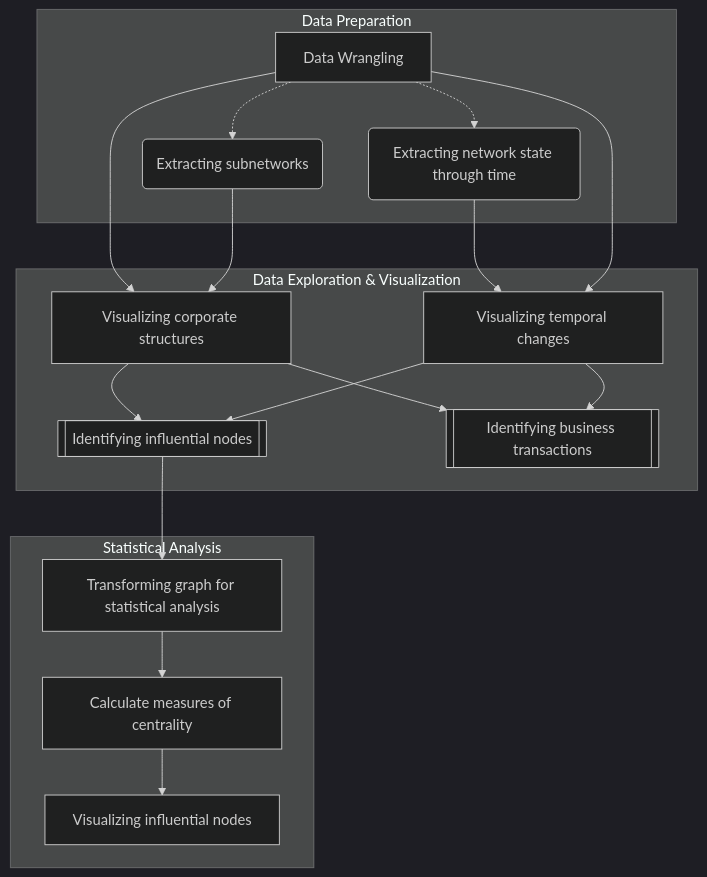
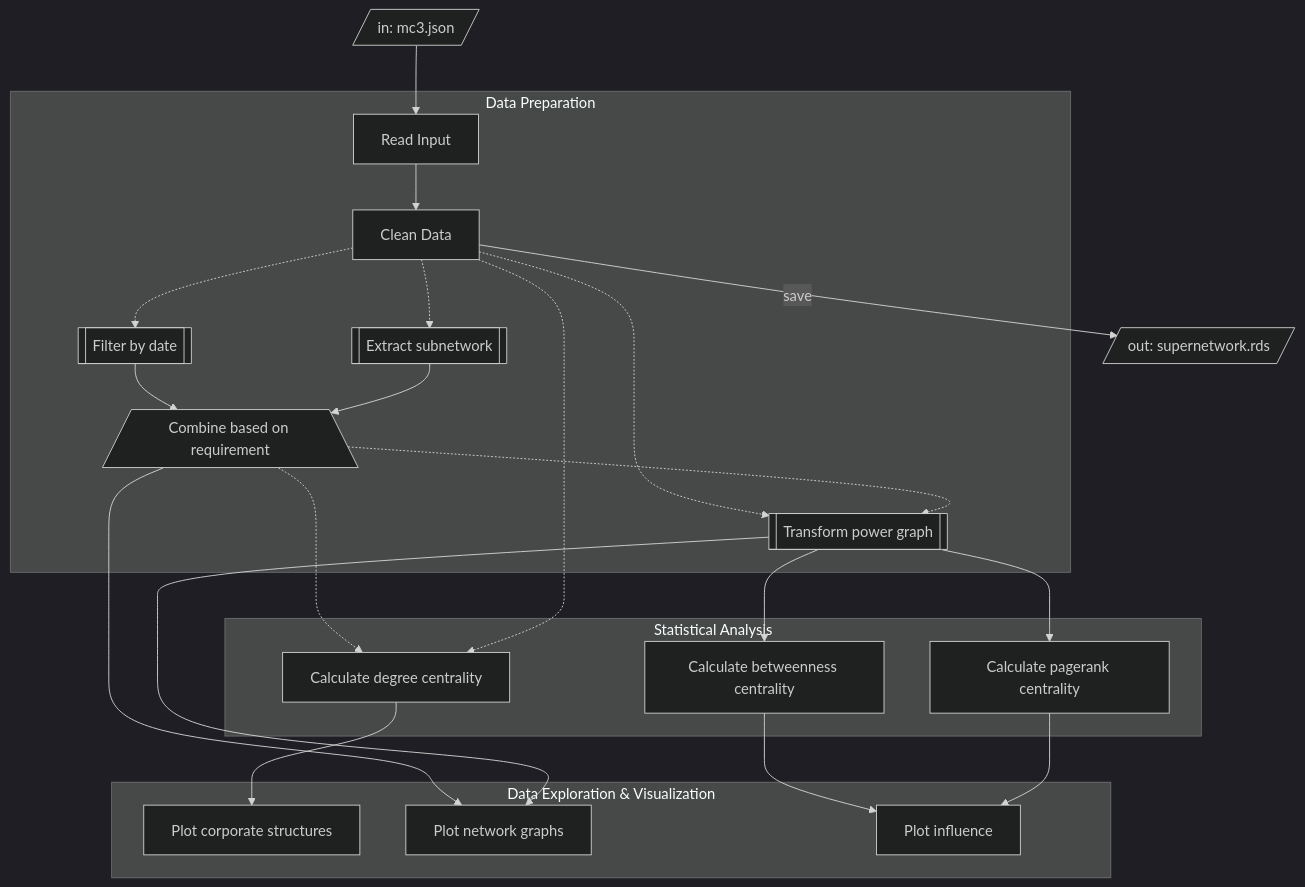
One commit to kjcpaas/ISSS608_Project changed the diagram in proposal.qmd. Above: the diagram before and after it, drawn with Mermaid (dark theme). The commit also changed other lines of this file and 40 other files, not shown here.

````diff
--- a/proposal.qmd
+++ b/proposal.qmd
@@ -36,36 +36,51 @@
 ```{mermaid}
-flowchart TB
-  A[Data Wrangling]
-  B[Visualizing corporate structures]
-  C[Visualizing temporal changes]
-  D(Extracting subnetworks)
-  E(Extracting network state through time)
-  F[[Identifying influential nodes]]
-  G[[Identifying business transactions]]
-  H[Transforming graph for statistical analysis]
-  I[Calculate measures of centrality]
-  J[Visualizing influential nodes]
+flowchart
+  mc3_json[/in: mc3.json/]
+  sn_rds[/out: supernetwork.rds/]
+  
+  read[Read Input]
+  clean[Clean Data]
+  
+  extract_subnetwork[[Extract subnetwork]]
+  filter_date[[Filter by date]]
+  transform_power[[Transform power graph]]
+  
+  degree[Calculate degree centrality]
+  pagerank[Calculate pagerank centrality]
+  betweenness[Calculate betweenness centrality]
+  
+  plot_corp[Plot corporate structures]
+  plot_network[Plot network graphs]
+  plot_influence[Plot influence]
+  
+  combine[/Combine based on requirement\]
+  
+  clean -- save --> sn_rds
+  mc3_json --> read
   
   subgraph Data Preparation
-    A -.-> D
-    A -.-> E
-  end
-  
-  A --> B
-  D --> B
-  E --> C
-  A --> C
-  F --> H
-  
-  subgraph Data Exploration & Visualization
-    B --> F
-    B --> G
-    C --> G
-    C --> F
+    read --> clean
+    clean -.-> extract_subnetwork
+    clean -.-> filter_date
+    extract_subnetwork --> combine
+    filter_date --> combine
+    combine -.-> transform_power
+    clean -.-> transform_power
   end
   
   subgraph Statistical Analysis
-    H --> I
-    I --> J
+    clean -.-> degree
+    combine -.-> degree
+    transform_power --> pagerank
+    transform_power --> betweenness
+  end
+  
+    
+  subgraph Data Exploration & Visualization
+    degree --> plot_corp
+    pagerank --> plot_influence
+    betweenness --> plot_influence
+    transform_power --> plot_network
+    combine --> plot_network
   end
 ```
````
